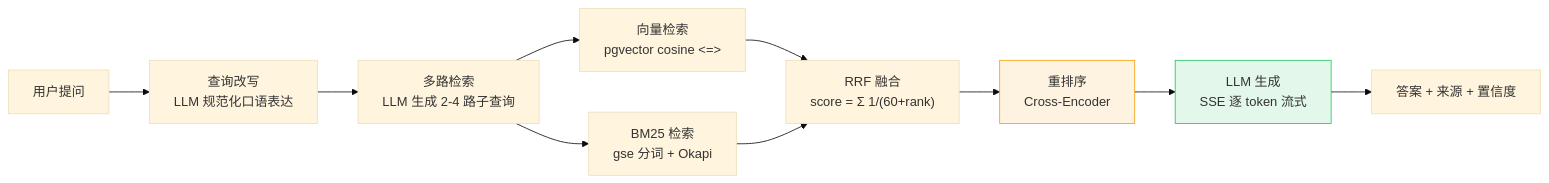
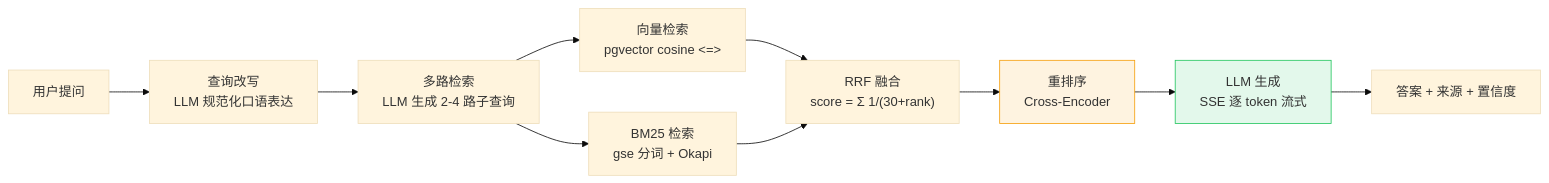
The third of 6 diagrams in docs/PRD.md (int2t05/Cognik), drawn with Mermaid (base theme) before and after one commit. The commit also changed other lines of this file and 19 other files, not shown here.

````diff
--- a/docs/PRD.md
+++ b/docs/PRD.md
@@ -62,15 +62,15 @@
 ```mermaid
 flowchart LR
     Q["用户提问"] --> QR["查询改写<br/>LLM 规范化口语表达"]
     QR --> MR["多路检索<br/>LLM 生成 2-4 路子查询"]
     MR --> VR["向量检索<br/>pgvector cosine <=>"]
     MR --> BM["BM25 检索<br/>gse 分词 + Okapi"]
-    VR --> FUSE["RRF 融合<br/>score = Σ 1/(60+rank)"]
+    VR --> FUSE["RRF 融合<br/>score = Σ 1/(30+rank)"]
     BM --> FUSE
     FUSE --> RR["重排序<br/>Cross-Encoder"]
     RR --> GEN["LLM 生成<br/>SSE 逐 token 流式"]
     GEN --> OUT["答案 + 来源 + 置信度"]
 
     style RR fill:#f59e0b20,stroke:#f59e0b
     style GEN fill:#22c55e20,stroke:#22c55e
 ```
````
